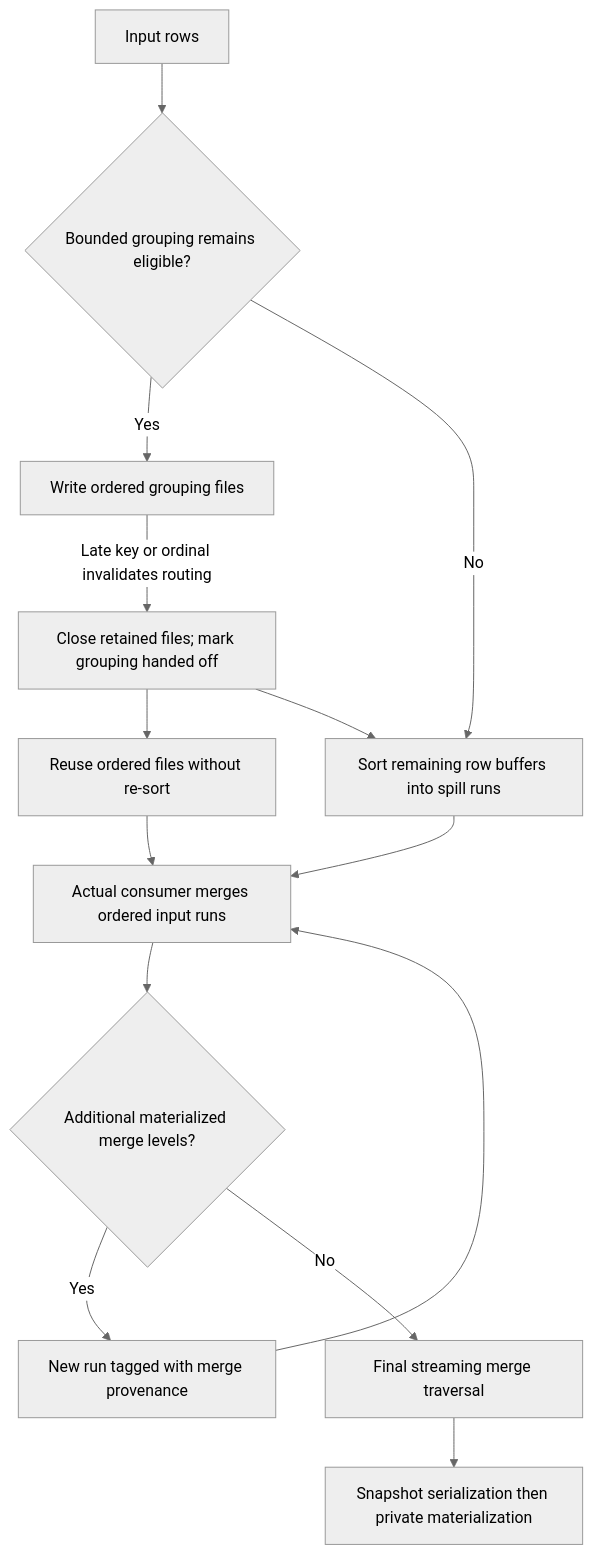
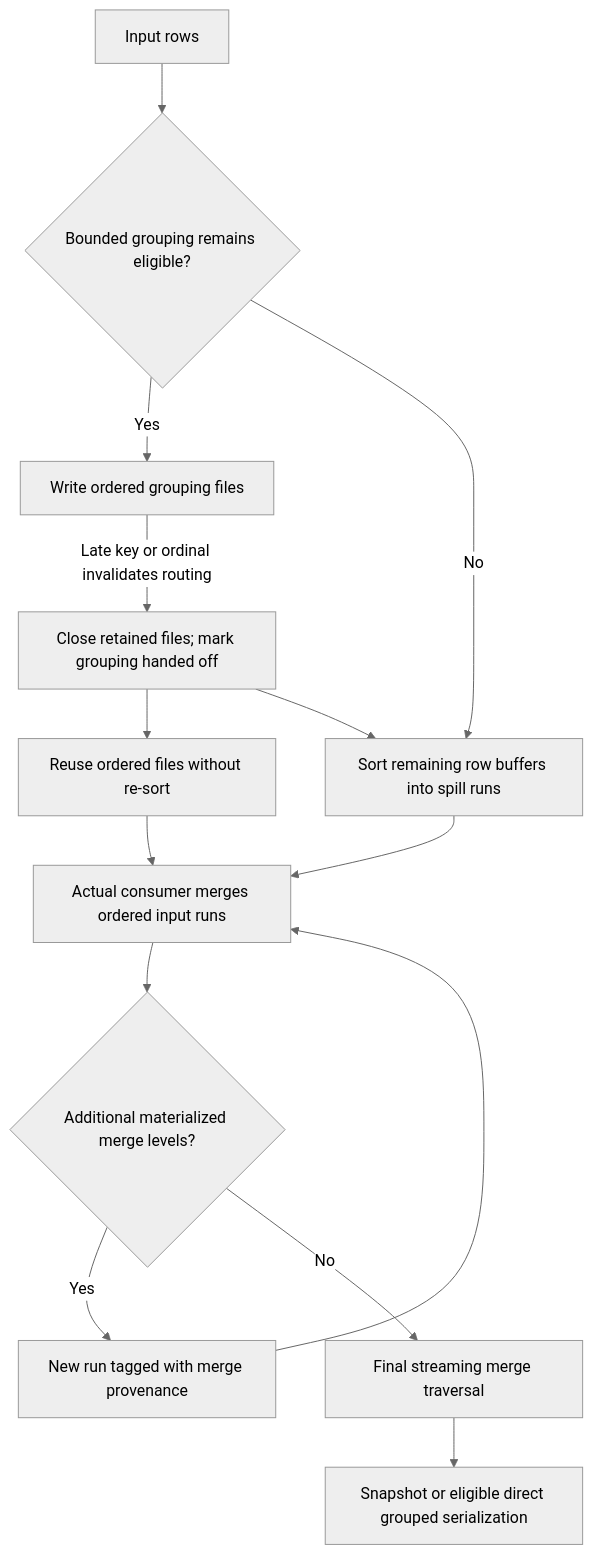
One commit to jsmatfess/chopper changed diagram 13 of 14 in docs/execution-decisions.md. Above: the diagram before and after it, drawn with Mermaid (neutral theme). The commit also changed other lines of this file and 75 other files, not shown here.

````diff
--- a/docs/execution-decisions.md
+++ b/docs/execution-decisions.md
@@ -519,16 +622,16 @@
 ```mermaid
 flowchart TD
     Rows[Input rows] --> Route{Bounded grouping remains eligible?}
     Route -->|Yes| Buckets[Write ordered grouping files]
     Buckets -->|Late key or ordinal invalidates routing| Handoff[Close retained files; mark grouping handed off]
     Handoff --> Reuse[Reuse ordered files without re-sort]
     Route -->|No| Fresh[Sort remaining row buffers into spill runs]
     Handoff --> Fresh
     Reuse --> Merge[Actual consumer merges ordered input runs]
     Fresh --> Merge
     Merge --> Hierarchy{Additional materialized merge levels?}
     Hierarchy -->|Yes| Materialized[New run tagged with merge provenance]
     Materialized --> Merge
     Hierarchy -->|No| Traverse[Final streaming merge traversal]
-    Traverse --> CSV[Snapshot serialization then private materialization]
+    Traverse --> CSV[Snapshot or eligible direct grouped serialization]
 ```
````
